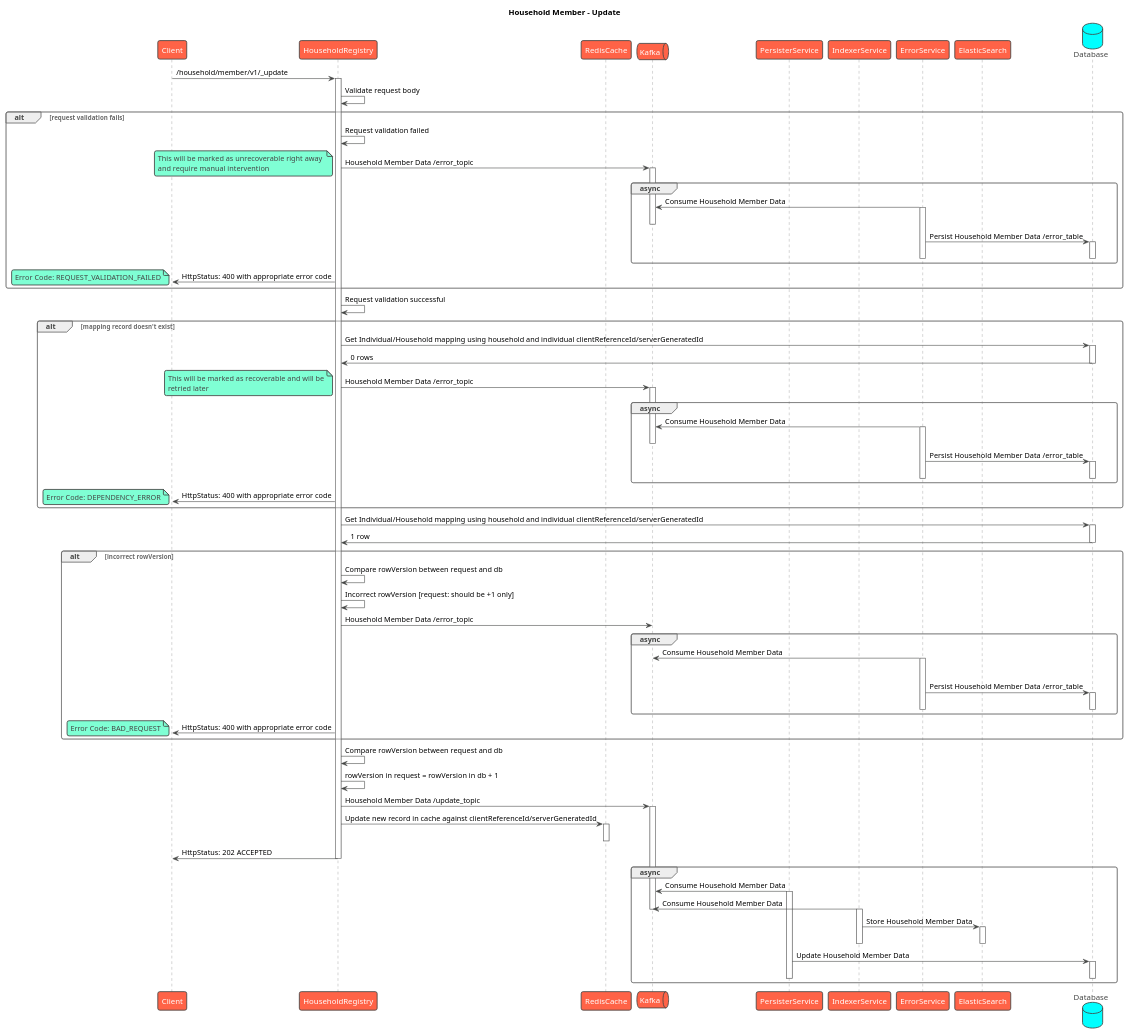
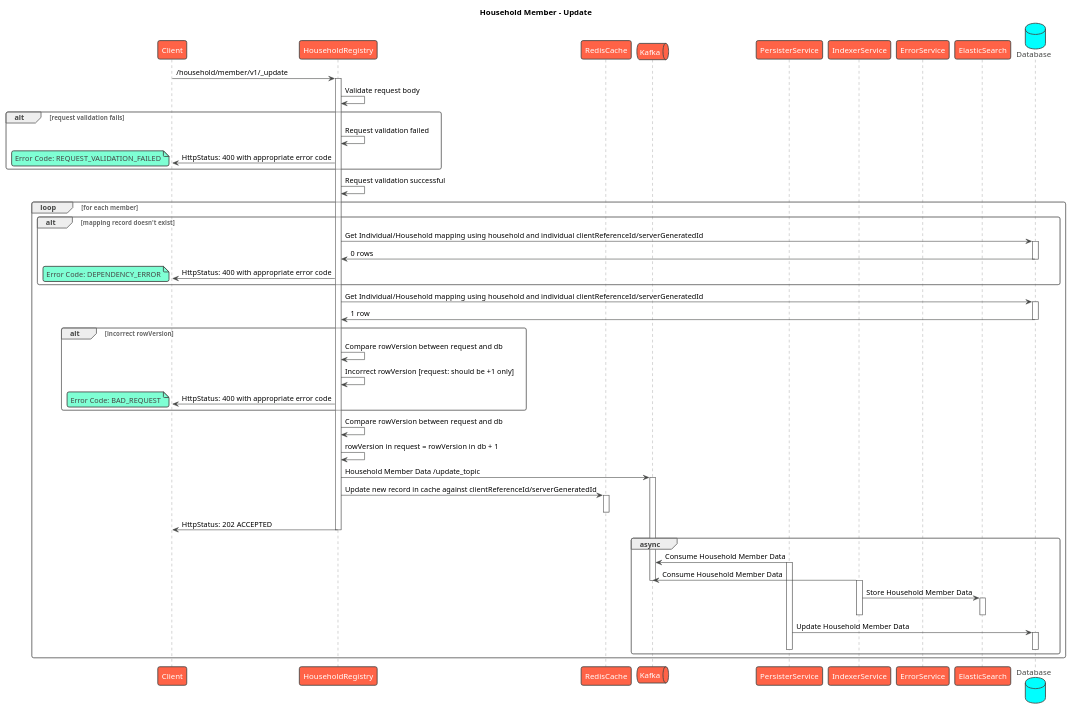
One commit to egovernments/health-api-specs changed the diagram in sequence-diagrams/household/member/update.puml. Above: the diagram before and after it, drawn with PlantUML. The commit also changed 7 other files, not shown here.

Commit message:
Add UMLs for household, household member

```diff
--- a/sequence-diagrams/household/member/update.puml
+++ b/sequence-diagrams/household/member/update.puml
@@ -1,110 +1,72 @@
 @startuml
 title Household Member - Update
 !theme vibrant
 participant Client as c
 participant HouseholdRegistry as s
 participant RedisCache as rc
 queue Kafka as k
 participant PersisterService as prs
 participant IndexerService as idx
 participant ErrorService as es
 participant ElasticSearch as el
 database Database as db
 c -> s : /household/member/v1/_update
 activate s
 s -> s: Validate request body
 alt request validation fails
     s -> s: Request validation failed
-    s -> k: Household Member Data /error_topic
-    note left
-        This will be marked as unrecoverable right away 
-        and require manual intervention
-    end note
-    activate k
-    group async
-        es -> k: Consume Household Member Data
-        activate es
-        deactivate k
-        es -> db: Persist Household Member Data /error_table
-        activate db
-        deactivate db
-        deactivate es
-    end
     s -> c: HttpStatus: 400 with appropriate error code
     note left
-        Error Code: REQUEST_VALIDATION_FAILED
+      Error Code: REQUEST_VALIDATION_FAILED
     end note
 end
 s -> s: Request validation successful
+loop for each member
 alt mapping record doesn't exist
   s -> db: Get Individual/Household mapping using household and individual clientReferenceId/serverGeneratedId
   activate db
   db -> s: 0 rows
   deactivate db
-  s -> k: Household Member Data /error_topic
-  note left
-      This will be marked as recoverable and will be
-      retried later
-  end note
-  activate k
-  group async
-      es -> k: Consume Household Member Data
-      activate es
-      deactivate k
-      es -> db: Persist Household Member Data /error_table
-      activate db
-      deactivate db
-      deactivate es
-  end
   s -> c: HttpStatus: 400 with appropriate error code
   note left
       Error Code: DEPENDENCY_ERROR
   end note
 end
 s -> db: Get Individual/Household mapping using household and individual clientReferenceId/serverGeneratedId
 activate db
 db -> s: 1 row
 deactivate db
 alt incorrect rowVersion
     s -> s: Compare rowVersion between request and db
     s -> s: Incorrect rowVersion [request: should be +1 only]
-    s -> k: Household Member Data /error_topic
-    group async
-        es -> k: Consume Household Member Data
-        activate es
-        deactivate k
-        es -> db: Persist Household Member Data /error_table
-        activate db
-        deactivate db
-        deactivate es
-    end
     s -> c: HttpStatus: 400 with appropriate error code
     note left
       Error Code: BAD_REQUEST
     end note
 end
 s -> s: Compare rowVersion between request and db
 s -> s: rowVersion in request = rowVersion in db + 1
 s -> k: Household Member Data /update_topic
 activate k
 s -> rc: Update new record in cache against clientReferenceId/serverGeneratedId
 activate rc
 deactivate rc
 s -> c: HttpStatus: 202 ACCEPTED
 deactivate s
 group async
     prs -> k: Consume Household Member Data
     activate prs
     idx -> k: Consume Household Member Data
     deactivate k
     activate idx
     idx -> el: Store Household Member Data
     activate el
     deactivate el
     deactivate idx
     prs -> db: Update Household Member Data
     activate db
     deactivate db
     deactivate prs
 end
+end
 @enduml
```
